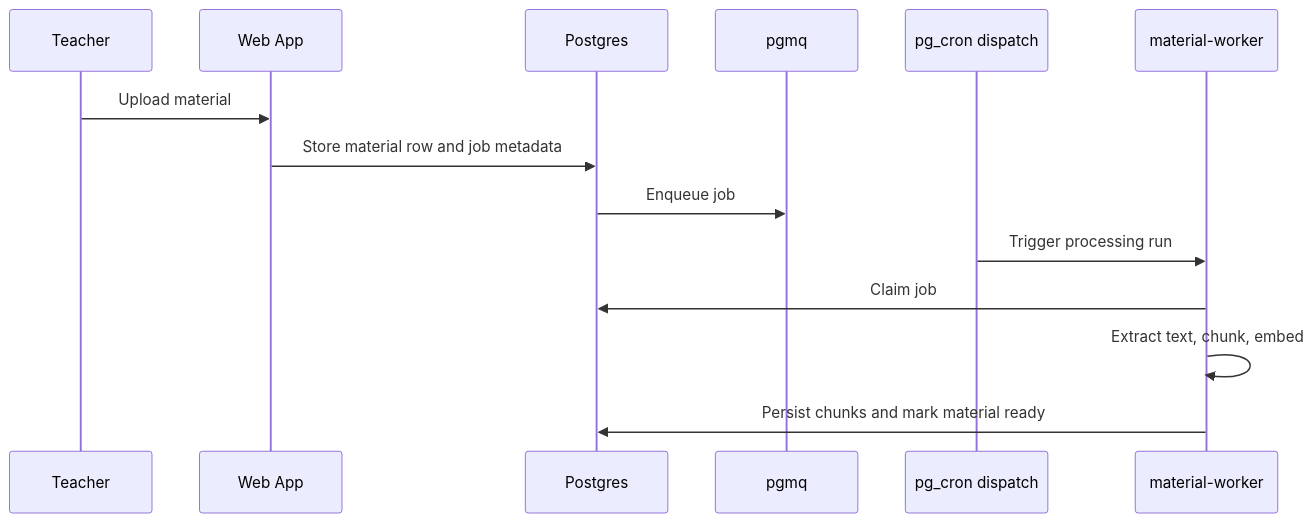
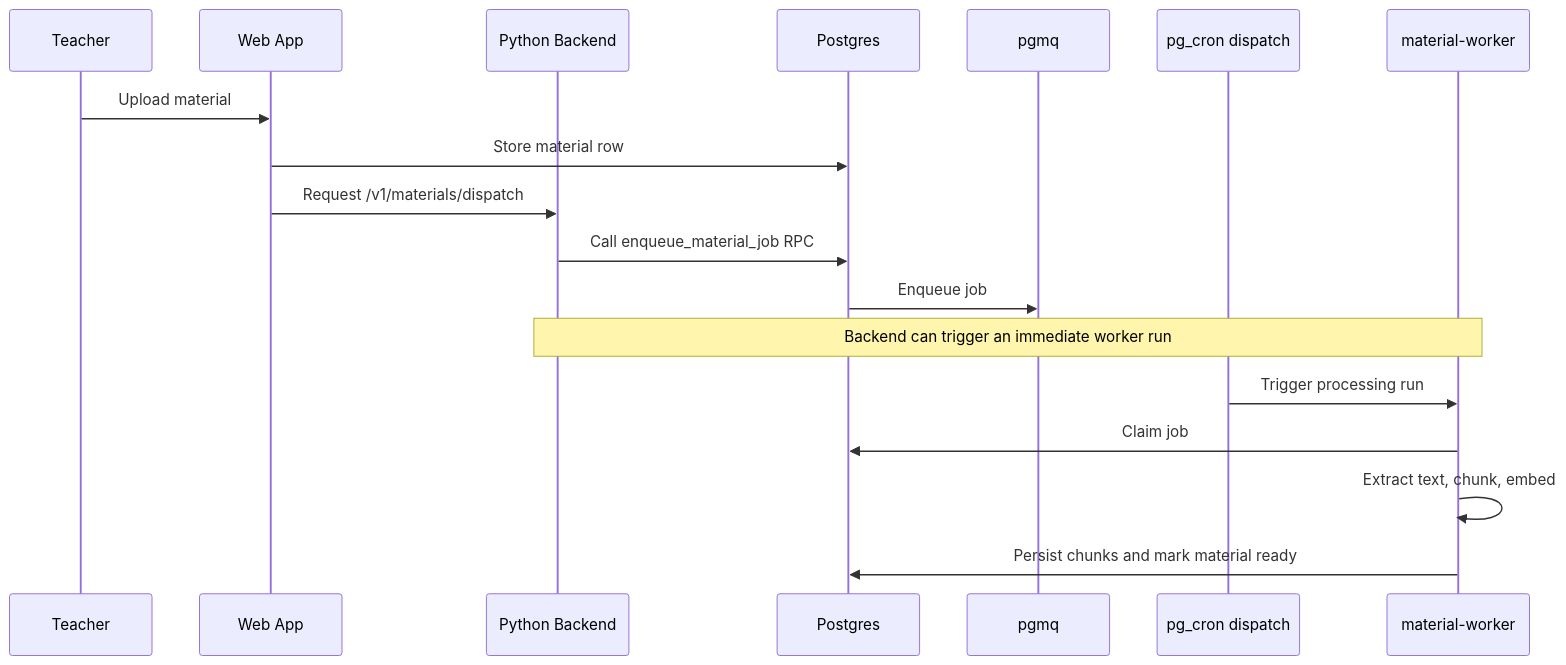
Before and after one commit to HaochenFa/AI-Learning-Platform-for-STEM: the tenth of 12 diagrams in ARCHITECTURE.md, drawn with Mermaid. The commit also changed other lines of this file and 3 other files, not shown here.

First line of the commit message:
docs: align stale mermaid diagrams with current runtime flows

````diff
--- a/ARCHITECTURE.md
+++ b/ARCHITECTURE.md
@@ -350,17 +350,21 @@
 ```mermaid
 sequenceDiagram
     participant Teacher
     participant Web as Web App
+    participant PY as Python Backend
     participant DB as Postgres
     participant Queue as pgmq
     participant Cron as pg_cron dispatch
     participant Worker as material-worker
 
     Teacher->>Web: Upload material
-    Web->>DB: Store material row and job metadata
+    Web->>DB: Store material row
+    Web->>PY: Request /v1/materials/dispatch
+    PY->>DB: Call enqueue_material_job RPC
     DB->>Queue: Enqueue job
+    Note over PY,Worker: Backend can trigger an immediate worker run
     Cron->>Worker: Trigger processing run
     Worker->>DB: Claim job
     Worker->>Worker: Extract text, chunk, embed
     Worker->>DB: Persist chunks and mark material ready
 ```
````
